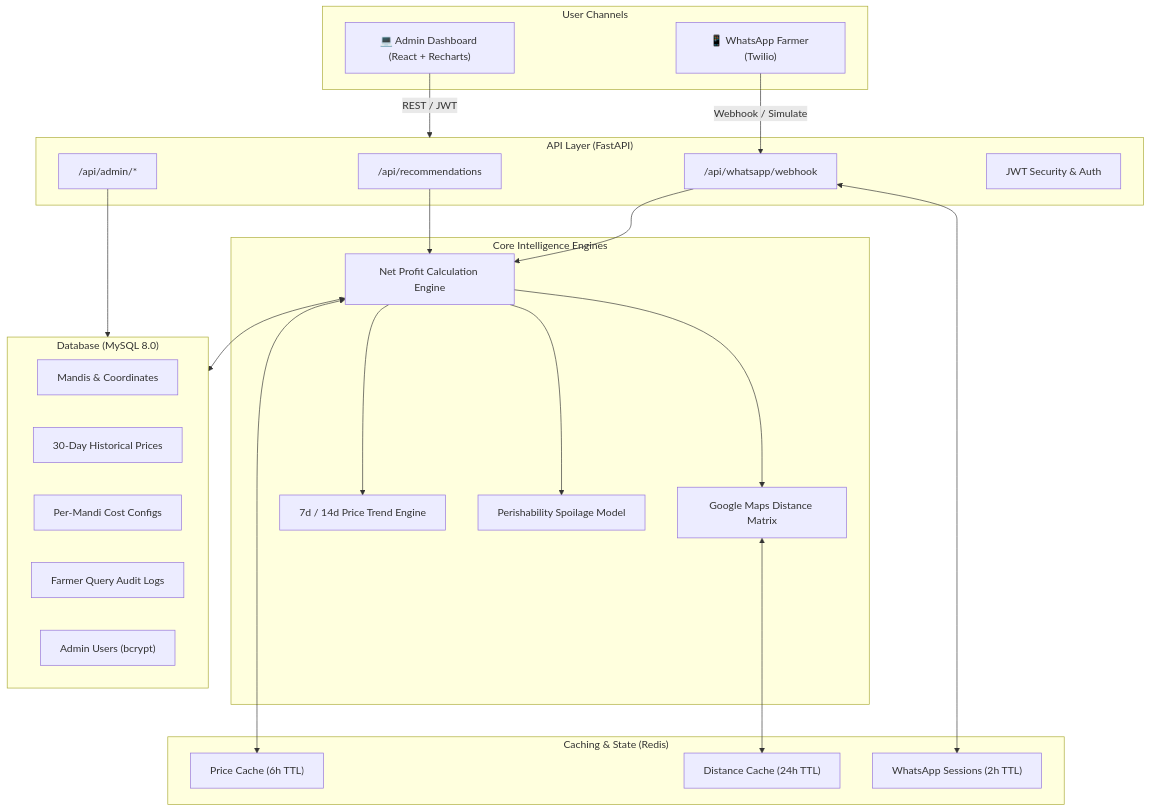
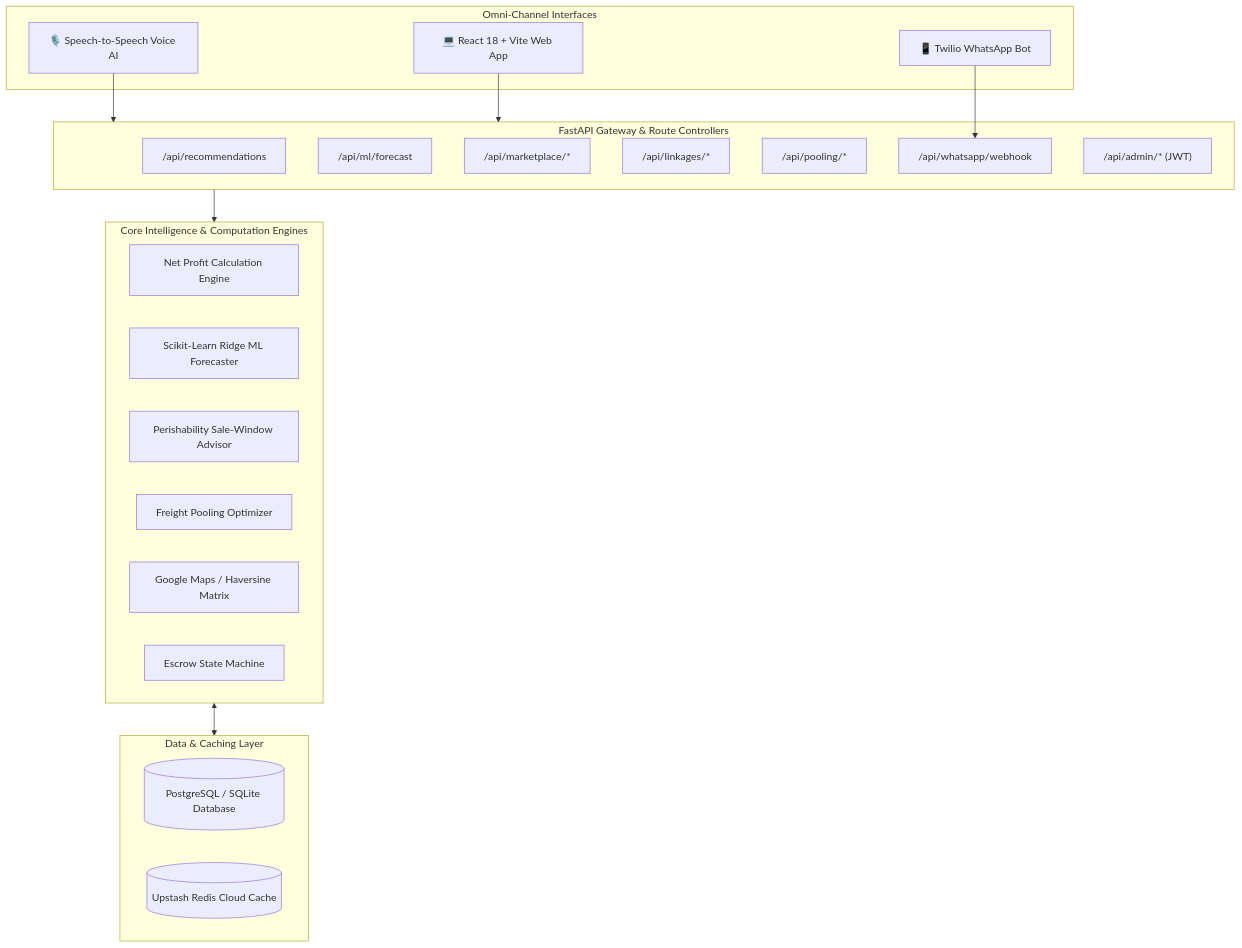
Before and after one commit to devanshrahatal/smart-mandi-selection: the first of 2 diagrams in docs/architecture.md, drawn with Mermaid. The commit also changed other lines of this file and 2 other files, not shown here.

Commit message:
docs: comprehensive update of README, pitch deck, and architecture documentation for SIH Problem Statement 26132

````diff
--- a/docs/architecture.md
+++ b/docs/architecture.md
@@ -10,48 +11,38 @@
 ```mermaid
 flowchart TD
-    subgraph Clients["User Channels"]
-        WA["📱 WhatsApp Farmer (Twilio)"]
-        WEB["💻 Admin Dashboard (React + Recharts)"]
+    subgraph Clients["Omni-Channel Interfaces"]
+        WA["📱 Twilio WhatsApp Bot"]
+        VOICE["🎙️ Speech-to-Speech Voice AI"]
+        WEB["💻 React 18 + Vite Web App"]
     end
 
-    subgraph Gateway["API Layer (FastAPI)"]
+    subgraph API["FastAPI Gateway & Route Controllers"]
         REC["/api/recommendations"]
-        WABOT["/api/whatsapp/webhook"]
-        ADMIN["/api/admin/*"]
-        AUTH["JWT Security & Auth"]
+        ML_API["/api/ml/forecast"]
+        MKT_API["/api/marketplace/*"]
+        LINK_API["/api/linkages/*"]
+        POOL_API["/api/pooling/*"]
+        WA_API["/api/whatsapp/webhook"]
+        AUTH_API["/api/admin/* (JWT)"]
     end
 
-    subgraph Engines["Core Intelligence Engines"]
+    subgraph Engines["Core Intelligence & Computation Engines"]
         NPE["Net Profit Calculation Engine"]
-        DIST["Google Maps Distance Matrix"]
-        TREND["7d / 14d Price Trend Engine"]
-        SPOIL["Perishability Spoilage Model"]
+        SKL["Scikit-Learn Ridge ML Forecaster"]
+        SW["Perishability Sale-Window Advisor"]
+        POOL_ENG["Freight Pooling Optimizer"]
+        DIST["Google Maps / Haversine Matrix"]
+        ESCROW["Escrow State Machine"]
     end
 
-    subgraph Caching["Caching & State (Redis)"]
-        R_PRICE["Price Cache (6h TTL)"]
-        R_DIST["Distance Cache (24h TTL)"]
-        R_SESS["WhatsApp Sessions (2h TTL)"]
+    subgraph Storage["Data & Caching Layer"]
+        SQL[("PostgreSQL / SQLite Database")]
+        REDIS[("Upstash Redis Cloud Cache")]
     end
 
-    subgraph Persistence["Database (MySQL 8.0)"]
-        DB_MANDI["Mandis & Coordinates"]
-        DB_PRICE["30-Day Historical Prices"]
-        DB_CONFIG["Per-Mandi Cost Configs"]
-        DB_QUERIES["Farmer Query Audit Logs"]
-        DB_ADMIN["Admin Users (bcrypt)"]
-    end
-
-    WA -->|Webhook / Simulate| WABOT
-    WEB -->|REST / JWT| Gateway
-    WABOT --> NPE
-    REC --> NPE
-    NPE --> DIST
-    NPE --> SPOIL
-    NPE --> TREND
-    DIST <--> R_DIST
-    NPE <--> R_PRICE
-    WABOT <--> R_SESS
-    NPE <--> Persistence
-    ADMIN --> Persistence
+    WA --> WA_API
+    VOICE --> API
+    WEB --> API
+    API --> Engines
+    Engines <--> Storage
 ```
````
